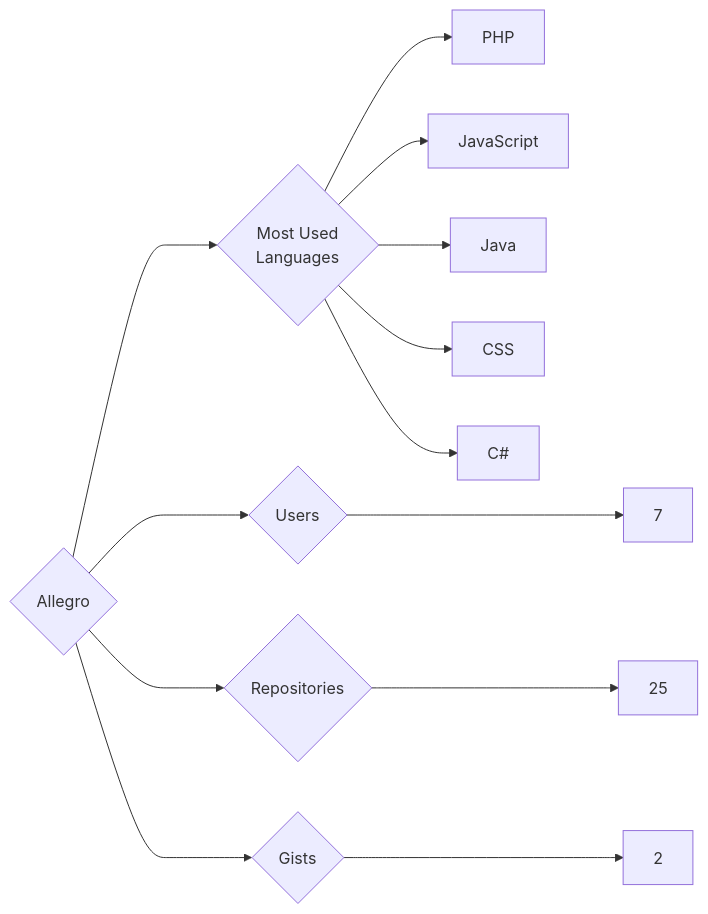
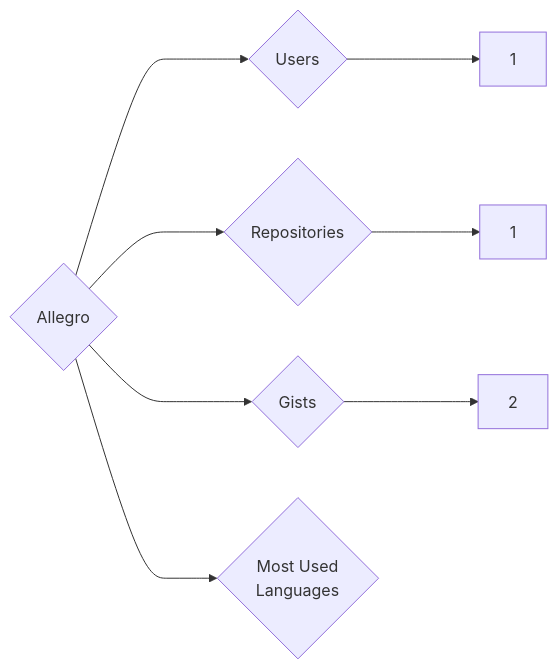
Before and after one commit to trickest/insiders: the diagram in targets/Allegro/README.md, drawn with Mermaid. The commit also changed 993 other files, not shown here.

````diff
--- a/targets/Allegro/README.md
+++ b/targets/Allegro/README.md
@@ -3,13 +3,8 @@
 ```mermaid
 graph LR
 COMPANY_NAME{Allegro}
-COMPANY_NAME ---> U{Users} ---> UN[7]
-COMPANY_NAME ---> R{Repositories} ---> RN[25]
+COMPANY_NAME ---> U{Users} ---> UN[1]
+COMPANY_NAME ---> R{Repositories} ---> RN[1]
 COMPANY_NAME ---> G{Gists} ---> GN[2]
 COMPANY_NAME ---> ML{Most Used<br>Languages}
-ML --> PHP[PHP]
-ML --> JavaScript[JavaScript]
-ML --> Java[Java]
-ML --> CSS[CSS]
-ML --> C#[C#]
 ```
````
